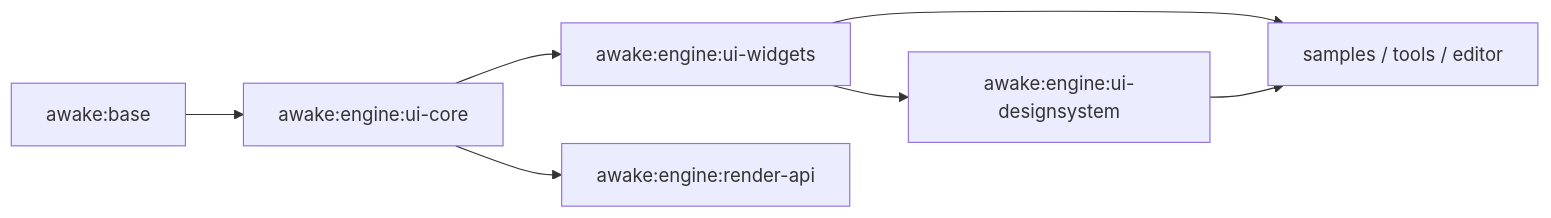
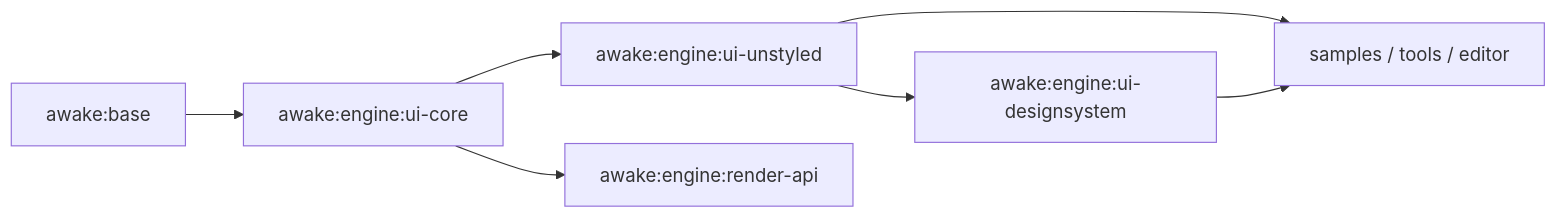
Before and after one commit to awake-lab/awake: the diagram in docs/tasks/2026-07-14-ui-module-split.md, drawn with Mermaid. The commit also changed other lines of this file and 215 other files, not shown here.

````diff
--- a/docs/tasks/2026-07-14-ui-module-split.md
+++ b/docs/tasks/2026-07-14-ui-module-split.md
@@ -37,16 +37,16 @@
 ```mermaid
 flowchart LR
     B["awake:base"]
     UC["awake:engine:ui-core"]
-    UW["awake:engine:ui-widgets"]
+    UW["awake:engine:ui-unstyled"]
     UD["awake:engine:ui-designsystem"]
     RA["awake:engine:render-api"]
     S["samples / tools / editor"]
 
     B --> UC
     UC --> UW
     UC --> RA
     UW --> UD
     UW --> S
     UD --> S
 ```
````
